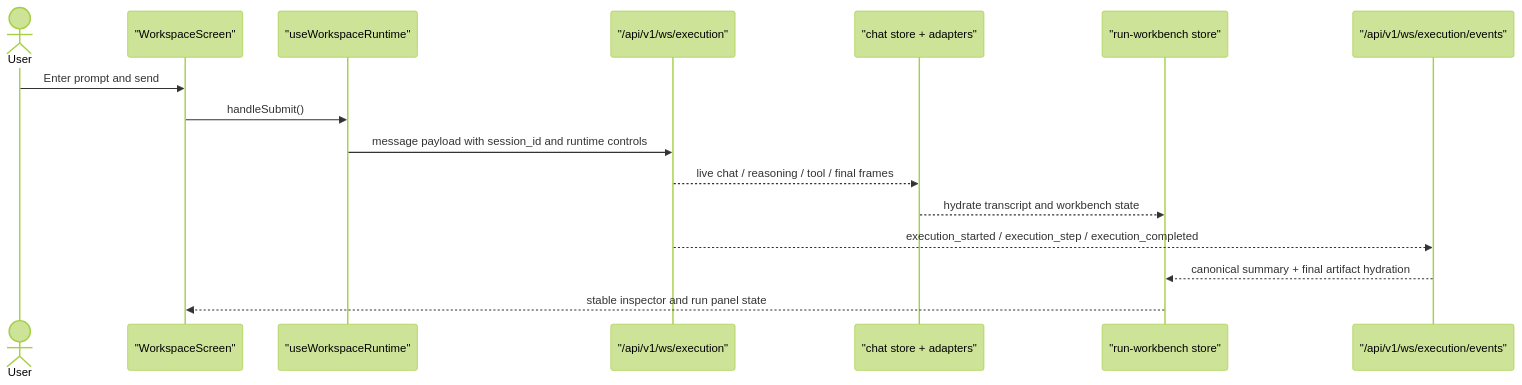
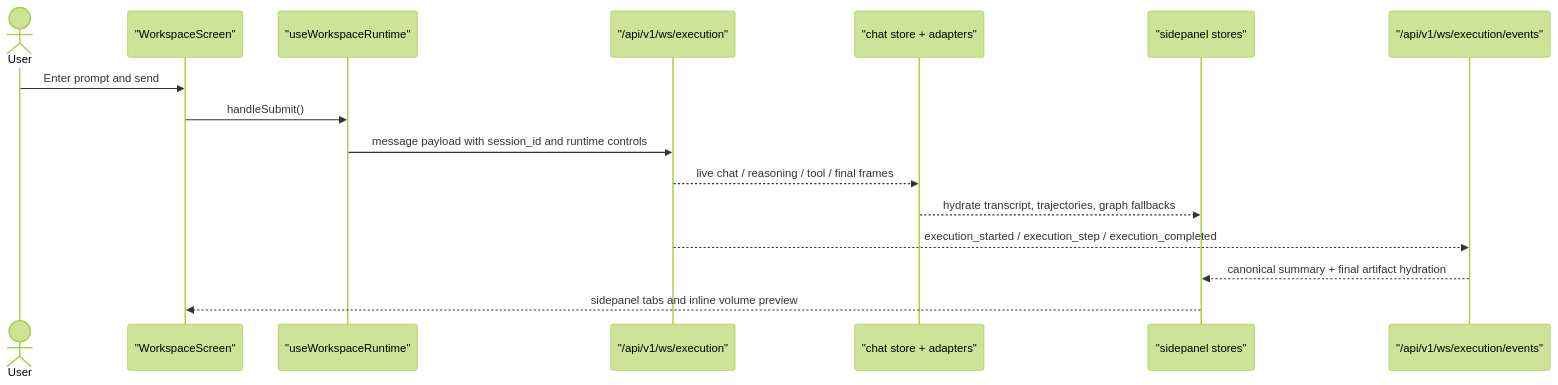
One commit to Qredence/fleet-rlm changed the second of 2 diagrams in docs/explanation/user-flows.md. Above: the diagram before and after it, drawn with Mermaid (forest theme). The commit also changed other lines of this file and 143 other files, not shown here.

````diff
--- a/docs/explanation/user-flows.md
+++ b/docs/explanation/user-flows.md
@@ -48,19 +48,19 @@
 ```mermaid
 sequenceDiagram
   actor User
   participant UI as "WorkspaceScreen"
   participant RT as "useWorkspaceRuntime"
   participant WS as "/api/v1/ws/execution"
   participant CH as "chat store + adapters"
-  participant WB as "run-workbench store"
+  participant WB as "sidepanel stores"
   participant EVT as "/api/v1/ws/execution/events"
 
   User->>UI: Enter prompt and send
   UI->>RT: handleSubmit()
   RT->>WS: message payload with session_id and runtime controls
   WS-->>CH: live chat / reasoning / tool / final frames
-  CH-->>WB: hydrate transcript and workbench state
+  CH-->>WB: hydrate transcript, trajectories, graph fallbacks
   WS-->>EVT: execution_started / execution_step / execution_completed
   EVT-->>WB: canonical summary + final artifact hydration
-  WB-->>UI: stable inspector and run panel state
+  WB-->>UI: sidepanel tabs and inline volume preview
 ```
````
